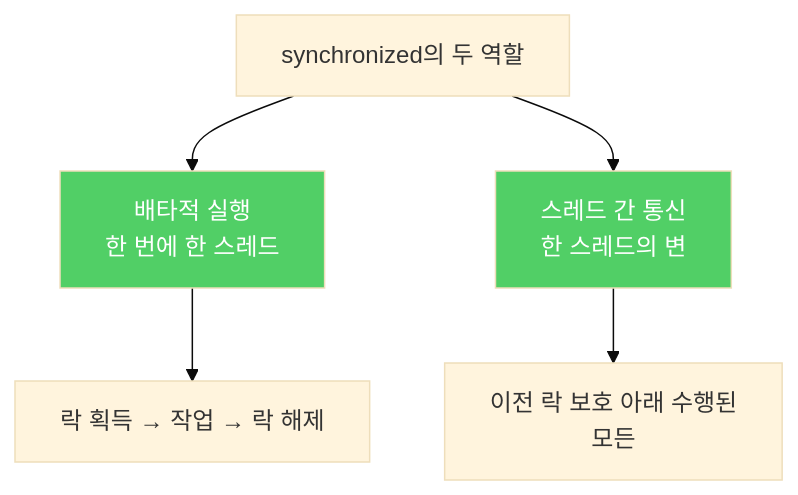
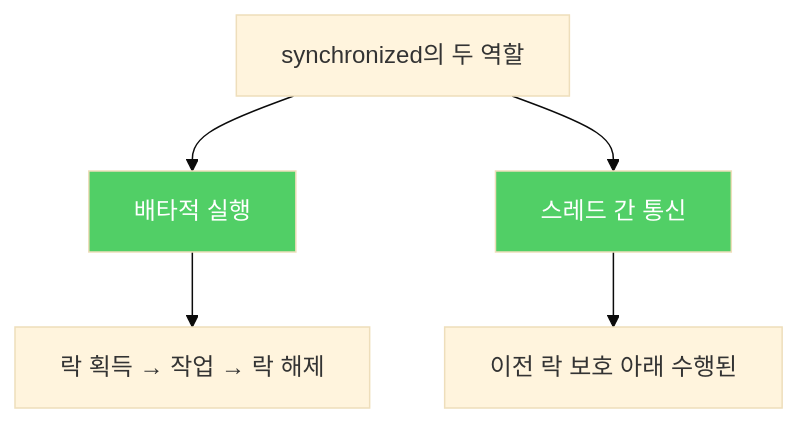
One commit to yjkim2015/yjkim2015.github.io changed the diagram in _posts/java/2022-03-03-effective-java78.md. Above: the diagram before and after it, drawn with Mermaid (base theme). The commit also changed 217 other files, not shown here.

First line of the commit message:
Mermaid 크기 수정: useMaxWidth:true + SVG max-width:100% + 라벨 축소

````diff
--- a/_posts/java/2022-03-03-effective-java78.md
+++ b/_posts/java/2022-03-03-effective-java78.md
@@ -20,9 +20,9 @@
 ```mermaid
 graph TD
-    A["synchronized의 두 역할"] --> B["배타적 실행\n한 번에 한 스레드"]
-    A --> C["스레드 간 통신\n한 스레드의 변"]
+    A["synchronized의 두 역할"] --> B["배타적 실행"]
+    A --> C["스레드 간 통신"]
     B --> D["락 획득 → 작업 → 락 해제"]
-    C --> E["이전 락 보호 아래 수행된\n모든"]
+    C --> E["이전 락 보호 아래 수행된"]
     style B fill:#51cf66,color:#fff
     style C fill:#51cf66,color:#fff
 ```
````
